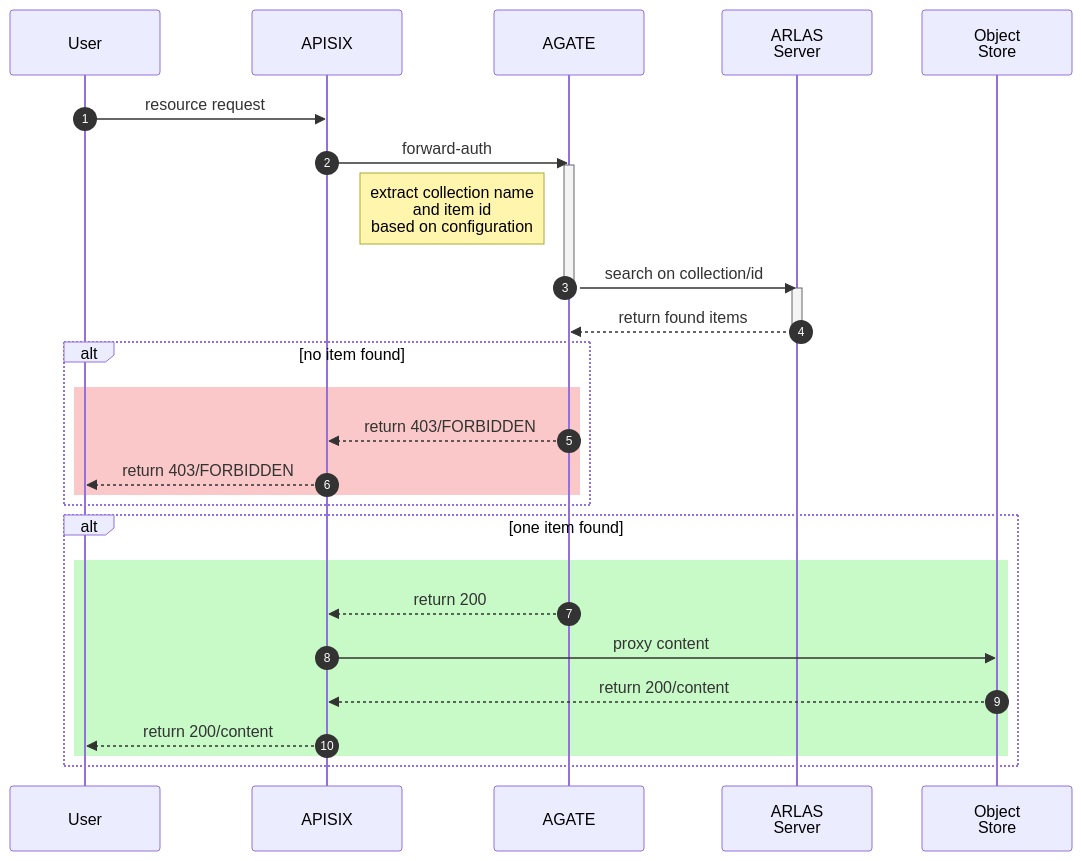
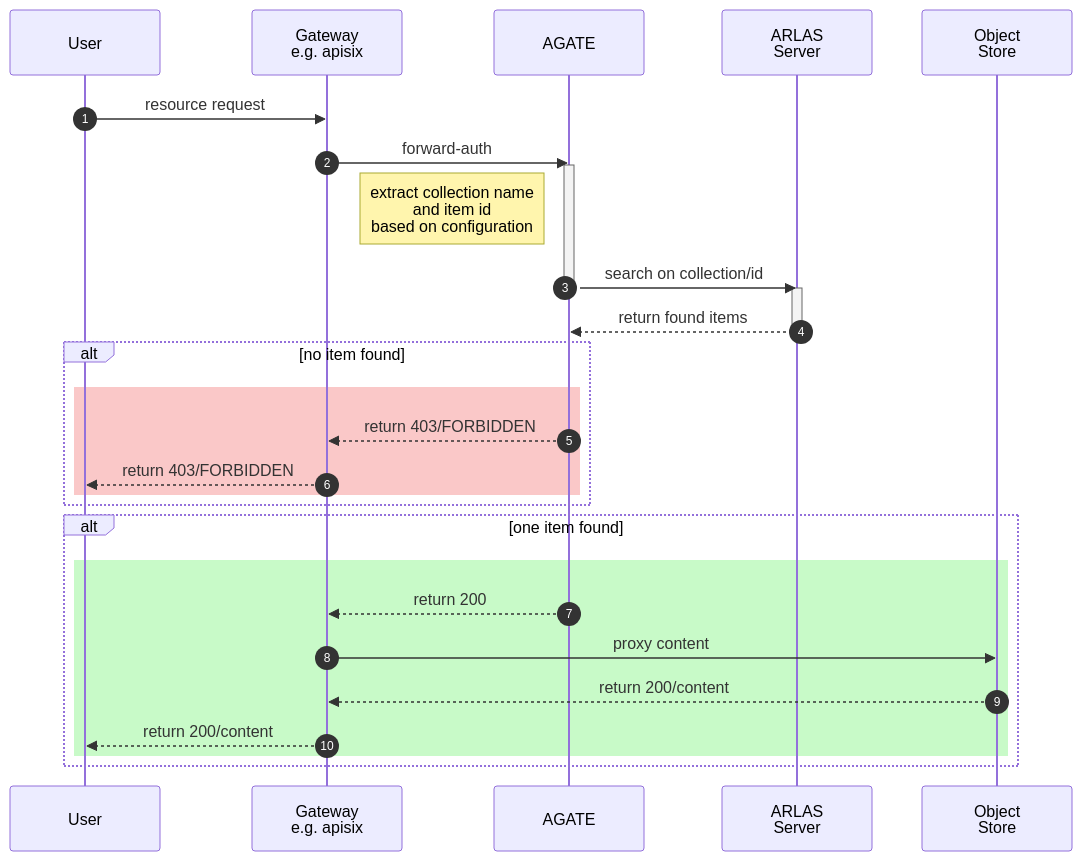
The second of 2 diagrams in docs/docs/agate/agate-mermaid.md (gisaia/aias), drawn with Mermaid before and after one commit. The commit also changed other lines of this file and 3 other files, not shown here.

````diff
--- a/docs/docs/agate/agate-mermaid.md
+++ b/docs/docs/agate/agate-mermaid.md
@@ -70,33 +128,33 @@
 ```mermaid
 sequenceDiagram
     autonumber
     participant US  as User
-    participant AX as APISIX
+    participant AX as Gateway <br>e.g. apisix
     participant AG as AGATE
     participant AS as ARLAS<br>Server
     participant OS  as Object<br>Store
 
     US->>AX: resource request
     AX->>AG: forward-auth
     activate AG
     Note left of AG: extract collection name<br> and item id<br>based on configuration
     AG->>AS: search on collection/id
     deactivate AG
     activate AS
     AS-->>AG: return found items
     deactivate AS
     alt no item found
         rect rgb(250, 200, 200)
         AG-->>AX: return 403/FORBIDDEN
         AX-->>US: return 403/FORBIDDEN
         end
     end
     alt one item found
         rect rgb(200, 250, 200)
         AG-->>AX: return 200
         AX->>OS: proxy content
         OS-->>AX: return 200/content
         AX-->>US: return 200/content
         end
     end
 ```
````
